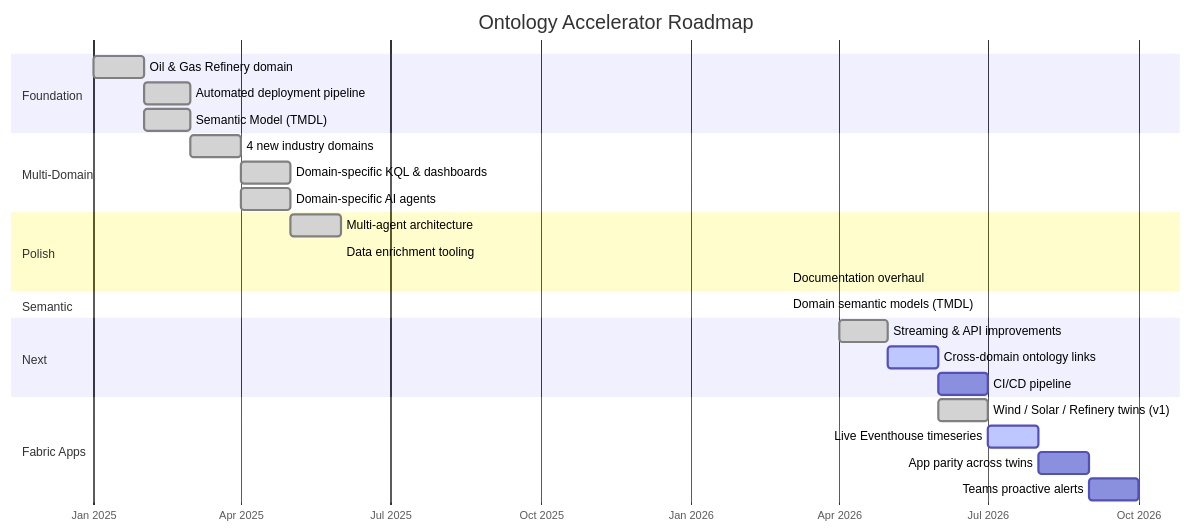
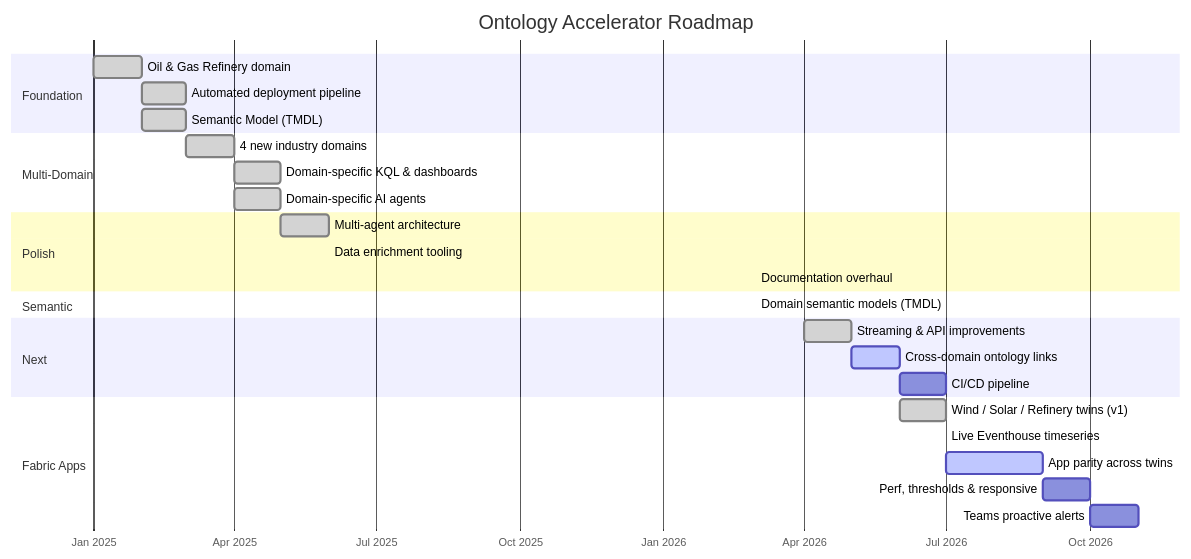
One commit to cyphou/Ontology-RTI changed the diagram in DEVELOPMENT_PLAN.md. Above: the diagram before and after it, drawn with Mermaid. The commit also changed other lines of this file, not shown here.

First line of the commit message:
docs: refresh roadmap for shipped timeseries seam and Sprint 12 plan

````diff
--- a/DEVELOPMENT_PLAN.md
+++ b/DEVELOPMENT_PLAN.md
@@ -20,35 +20,36 @@
 ```mermaid
 gantt
     title Ontology Accelerator Roadmap
     dateFormat YYYY-MM
     axisFormat %b %Y
 
     section Foundation
     Oil & Gas Refinery domain           :done, s1, 2025-01, 2025-02
     Automated deployment pipeline       :done, s2, 2025-02, 2025-03
     Semantic Model (TMDL)               :done, s3, 2025-02, 2025-03
 
     section Multi-Domain
     4 new industry domains              :done, s4, 2025-03, 2025-04
     Domain-specific KQL & dashboards    :done, s5, 2025-04, 2025-05
     Domain-specific AI agents           :done, s6, 2025-04, 2025-05
 
     section Polish
     Multi-agent architecture            :done, s7, 2025-05, 2025-06
     Data enrichment tooling             :done, s8, 2025-06, 2025-06
     Documentation overhaul              :done, s9, 2026-03, 2026-03
 
     section Semantic
     Domain semantic models (TMDL)       :done, s10, 2026-03, 2026-03
 
     section Next
     Streaming & API improvements        :done, s11, 2026-04, 2026-05
     Cross-domain ontology links         :active, s12, 2026-05, 2026-06
     CI/CD pipeline                      :s13, 2026-06, 2026-07
 
     section Fabric Apps
     Wind / Solar / Refinery twins (v1)  :done, a1, 2026-06, 2026-07
-    Live Eventhouse timeseries          :active, a2, 2026-07, 2026-08
-    App parity across twins             :a3, 2026-08, 2026-09
-    Teams proactive alerts              :a4, 2026-09, 2026-10
+    Live Eventhouse timeseries          :done, a2, 2026-07, 2026-07
+    App parity across twins             :active, a3, 2026-07, 2026-09
+    Perf, thresholds & responsive       :a4, 2026-09, 2026-10
+    Teams proactive alerts              :a5, 2026-10, 2026-11
 ```
````
